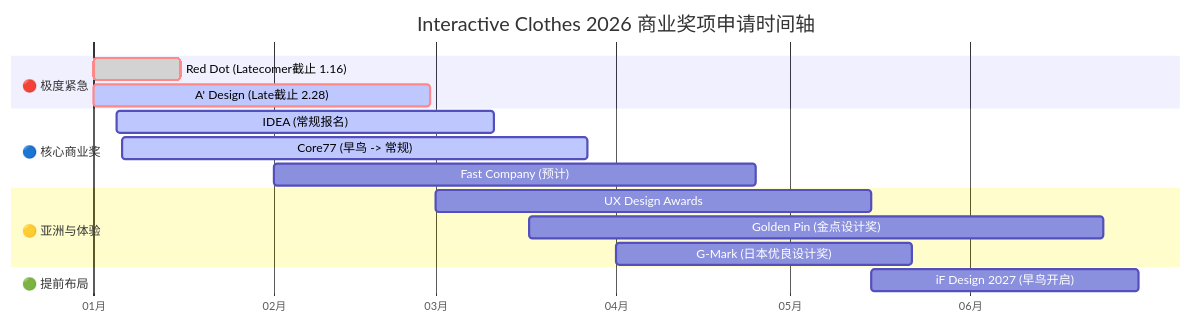
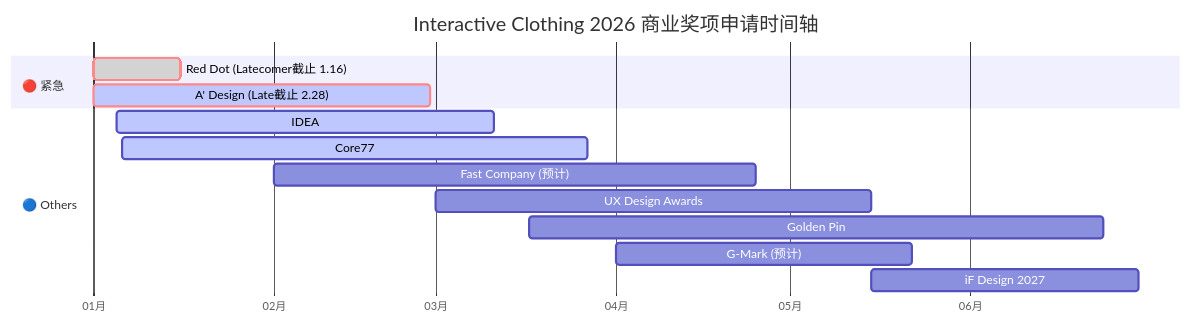
The diagram in Prize.md (LinXiaoya0228/Startup-GTM-Strategy-Analysis), drawn with Mermaid before and after one commit. The commit also changed other lines of this file, not shown here.

````diff
--- a/Prize.md
+++ b/Prize.md
@@ -121,24 +121,21 @@
 ```mermaid
 gantt
-    title Interactive Clothes 2026 商业奖项申请时间轴
+    title Interactive Clothing 2026 商业奖项申请时间轴
     dateFormat  YYYY-MM-DD
     axisFormat  %m月
     todayMarker off
 
-    section 🔴 极度紧急
+    section 🔴 紧急
     Red Dot (Latecomer截止 1.16)      :crit, done, 2026-01-01, 2026-01-16
     A' Design (Late截止 2.28)         :crit, active, 2026-01-01, 2026-02-28
 
-    section 🔵 核心商业奖
-    IDEA (常规报名)                   :active, 2026-01-05, 2026-03-11
-    Core77 (早鸟 -> 常规)             :active, 2026-01-06, 2026-03-27
+    section 🔵 Others
+    IDEA                    :active, 2026-01-05, 2026-03-11
+    Core77              :active, 2026-01-06, 2026-03-27
     Fast Company (预计)               :2026-02-01, 2026-04-25
+    UX Design Awards          :2026-03-01, 2026-05-15
+    Golden Pin            :2026-03-17, 2026-06-24
+    G-Mark (预计)           :2026-04-01, 2026-05-22
+    iF Design 2027         :2026-05-15, 2026-06-30
 
-    section 🟡 亚洲与体验
-    UX Design Awards          :2026-03-01, 2026-05-15
-    Golden Pin (金点设计奖)           :2026-03-17, 2026-06-24
-    G-Mark (日本优良设计奖)           :2026-04-01, 2026-05-22
-
-    section 🟢 提前布局
-    iF Design 2027 (早鸟开启)         :2026-05-15, 2026-06-30
 ```
````
